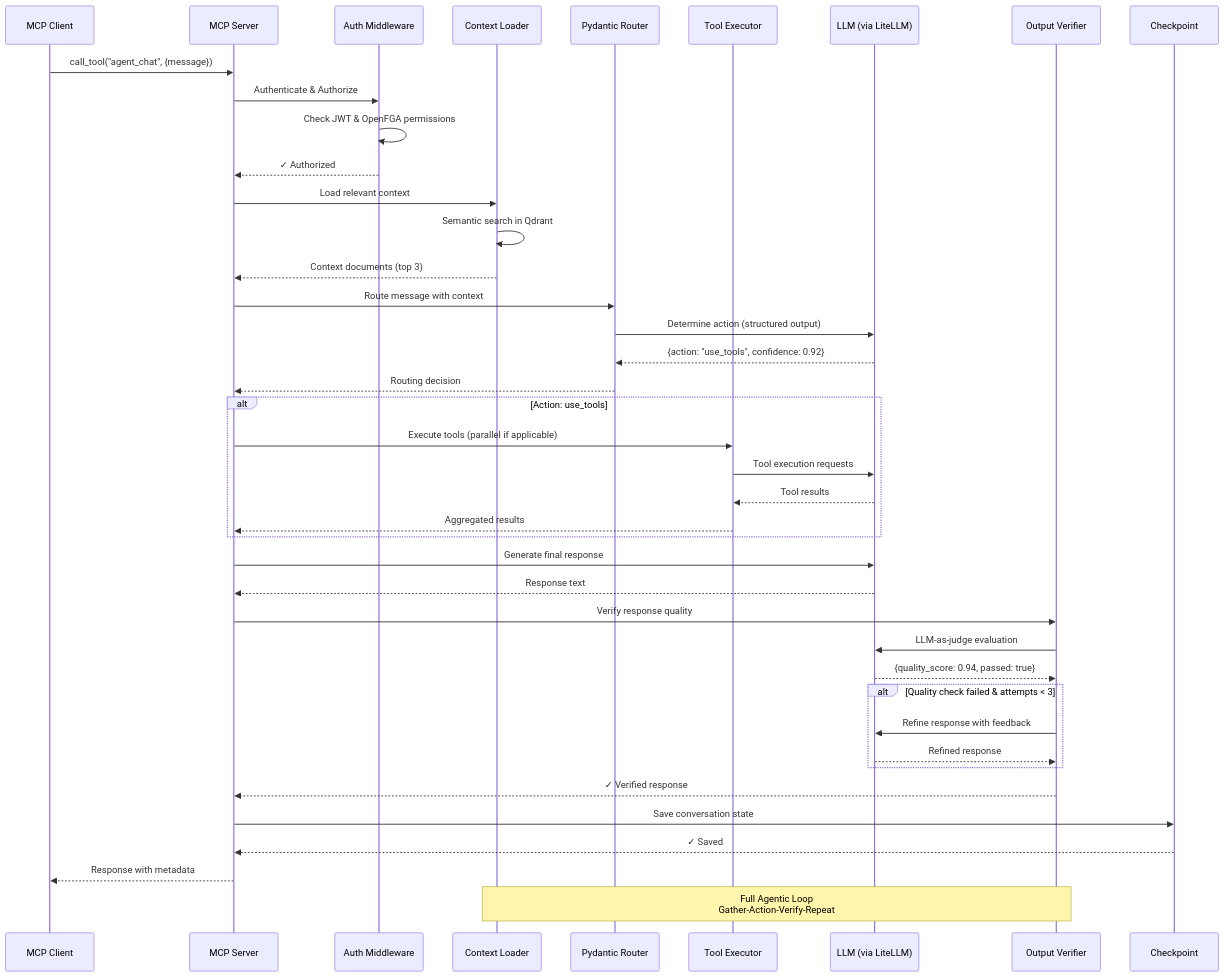
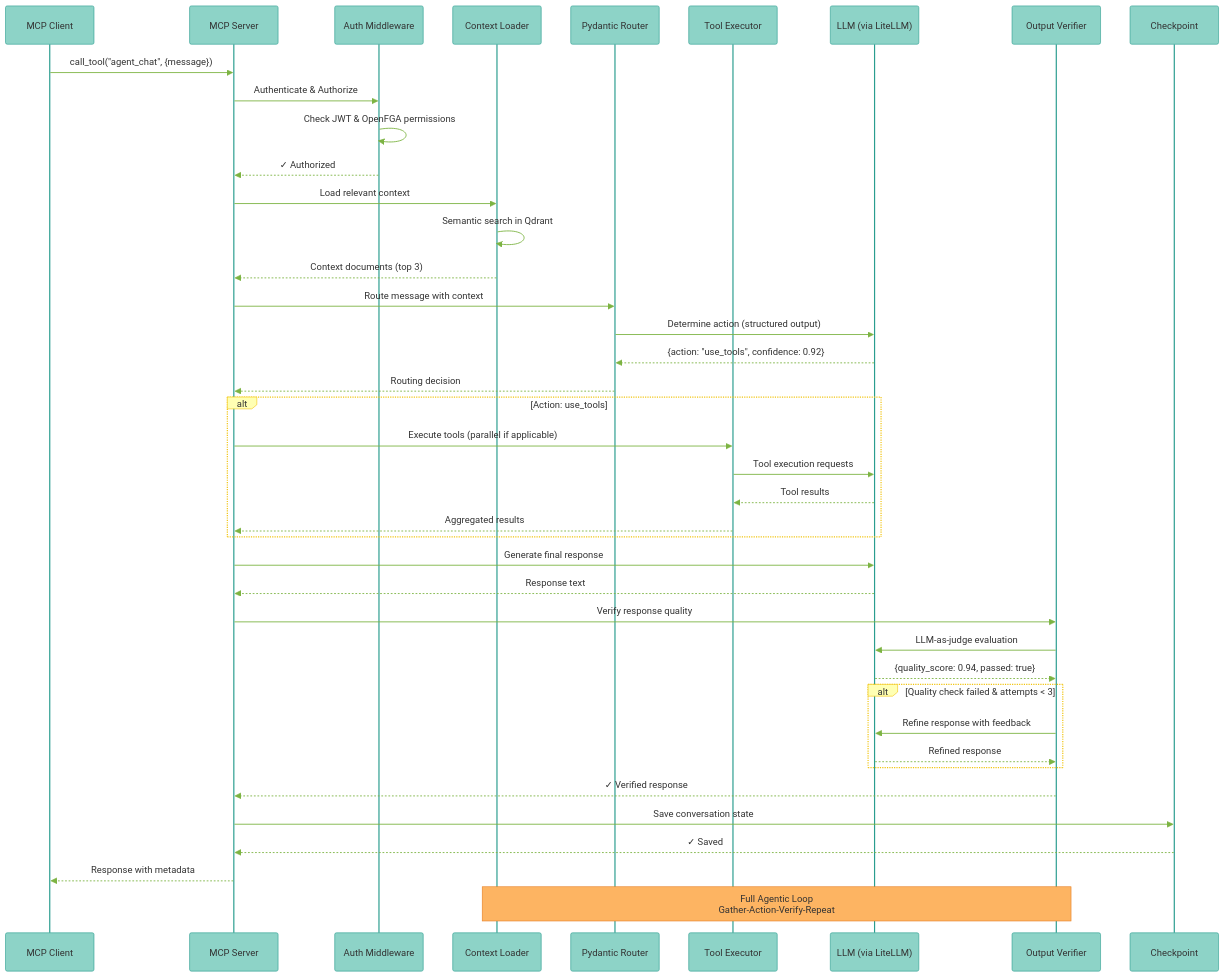
Before and after one commit to vishnu2kmohan/mcp-server-langgraph: the fifth of 10 diagrams in docs/diagrams/system-architecture.mdx, drawn with Mermaid. The commit also changed other lines of this file and 6 other files, not shown here.

First line of the commit message:
style: ensure unique colors for distinct node types across all diagrams

````diff
--- a/docs/diagrams/system-architecture.mdx
+++ b/docs/diagrams/system-architecture.mdx
@@ -298,54 +299,55 @@
 ```mermaid
+%%{init: {'theme':'base', 'themeVariables': {'actorBkg':'#8dd3c7','actorBorder':'#2a9d8f','actorTextColor':'#333','actorLineColor':'#2a9d8f','signalColor':'#7cb342','signalTextColor':'#333','labelBoxBkgColor':'#ffffb3','labelBoxBorderColor':'#f1c40f','labelTextColor':'#333','noteBorderColor':'#e67e22','noteBkgColor':'#fdb462','noteTextColor':'#333','activationBorderColor':'#7cb342','activationBkgColor':'#b3de69','sequenceNumberColor':'#fff'}}}%%
 sequenceDiagram
     participant Client as MCP Client
     participant MCP as MCP Server
     participant Auth as Auth Middleware
     participant Context as Context Loader
     participant Router as Pydantic Router
     participant Tools as Tool Executor
     participant LLM as LLM (via LiteLLM)
     participant Verify as Output Verifier
     participant Memory as Checkpoint
 
     Client->>MCP: call_tool("agent_chat", {message})
     MCP->>Auth: Authenticate & Authorize
     Auth->>Auth: Check JWT & OpenFGA permissions
     Auth-->>MCP: ✓ Authorized
 
     MCP->>Context: Load relevant context
     Context->>Context: Semantic search in Qdrant
     Context-->>MCP: Context documents (top 3)
 
     MCP->>Router: Route message with context
     Router->>LLM: Determine action (structured output)
     LLM-->>Router: {action: "use_tools", confidence: 0.92}
     Router-->>MCP: Routing decision
 
     alt Action: use_tools
         MCP->>Tools: Execute tools (parallel if applicable)
         Tools->>LLM: Tool execution requests
         LLM-->>Tools: Tool results
         Tools-->>MCP: Aggregated results
     end
 
     MCP->>LLM: Generate final response
     LLM-->>MCP: Response text
 
     MCP->>Verify: Verify response quality
     Verify->>LLM: LLM-as-judge evaluation
     LLM-->>Verify: {quality_score: 0.94, passed: true}
 
     alt Quality check failed & attempts < 3
         Verify->>LLM: Refine response with feedback
         LLM-->>Verify: Refined response
     end
 
     Verify-->>MCP: ✓ Verified response
 
     MCP->>Memory: Save conversation state
     Memory-->>MCP: ✓ Saved
 
     MCP-->>Client: Response with metadata
 
     Note over Context,Verify: Full Agentic Loop<br/>Gather-Action-Verify-Repeat
 ```
````
